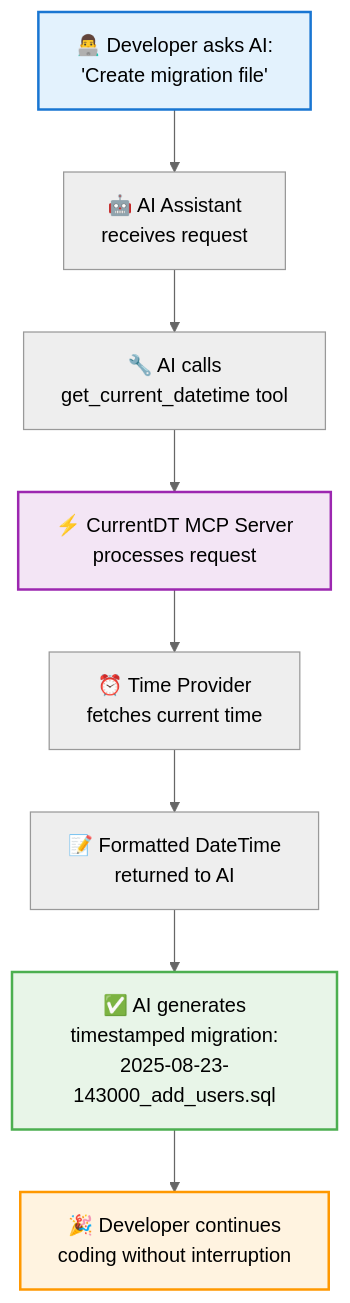
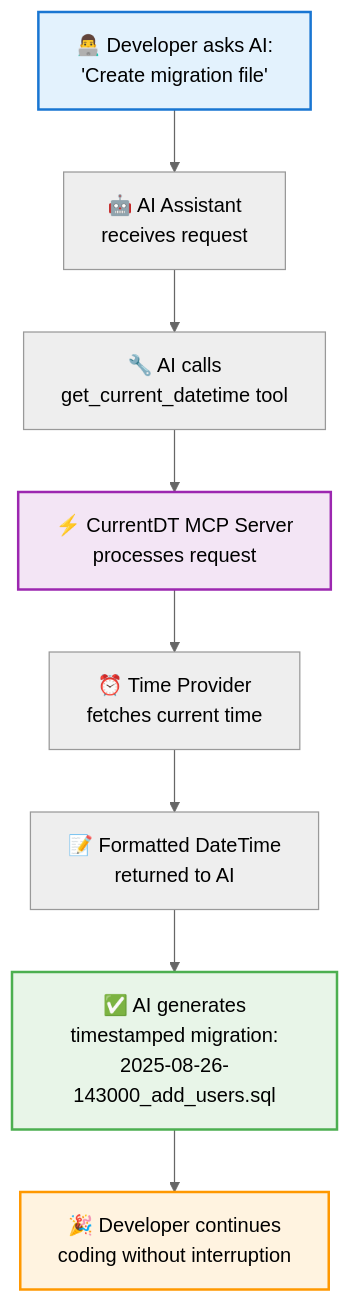
Before and after one commit to biswajitpanday/CurrentDT-mcp: the second of 3 diagrams in blogs/introducing-currentdt-mcp.md, drawn with Mermaid (neutral theme). The commit also changed other lines of this file and 11 other files, not shown here.

````diff
--- a/blogs/introducing-currentdt-mcp.md
+++ b/blogs/introducing-currentdt-mcp.md
@@ -172,15 +172,15 @@
 ```mermaid
 graph TD
     A["👨‍💻 Developer asks AI:<br/>'Create migration file'"] --> B["🤖 AI Assistant<br/>receives request"]
     B --> C["🔧 AI calls<br/>get_current_datetime tool"]
     C --> D["⚡ CurrentDT MCP Server<br/>processes request"]
     D --> E["⏰ Time Provider<br/>fetches current time"]
     E --> F["📝 Formatted DateTime<br/>returned to AI"]
-    F --> G["✅ AI generates<br/>timestamped migration:<br/>2025-08-23-143000_add_users.sql"]
+    F --> G["✅ AI generates<br/>timestamped migration:<br/>2025-08-26-143000_add_users.sql"]
     G --> H["🎉 Developer continues<br/>coding without interruption"]
     
     style A fill:#e3f2fd,stroke:#1976d2,stroke-width:2px
     style G fill:#e8f5e8,stroke:#4caf50,stroke-width:2px
     style H fill:#fff3e0,stroke:#ff9800,stroke-width:2px
     style D fill:#f3e5f5,stroke:#9c27b0,stroke-width:2px
 ```
````
